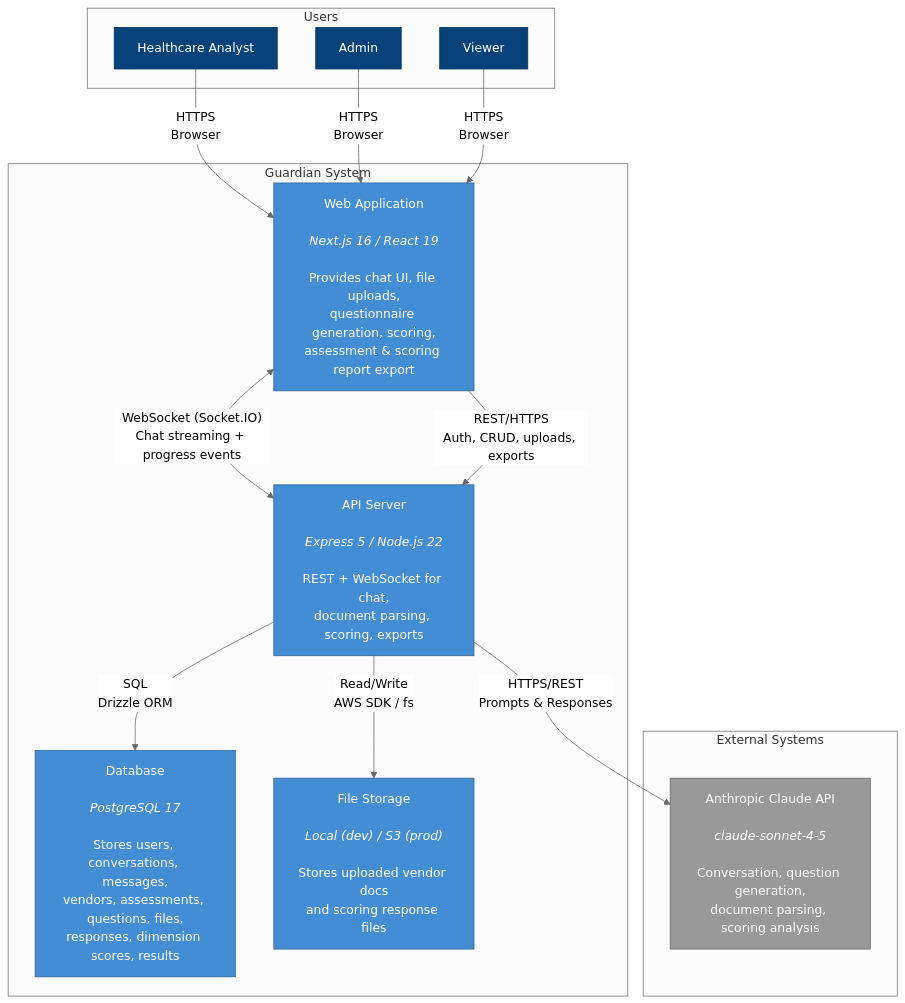
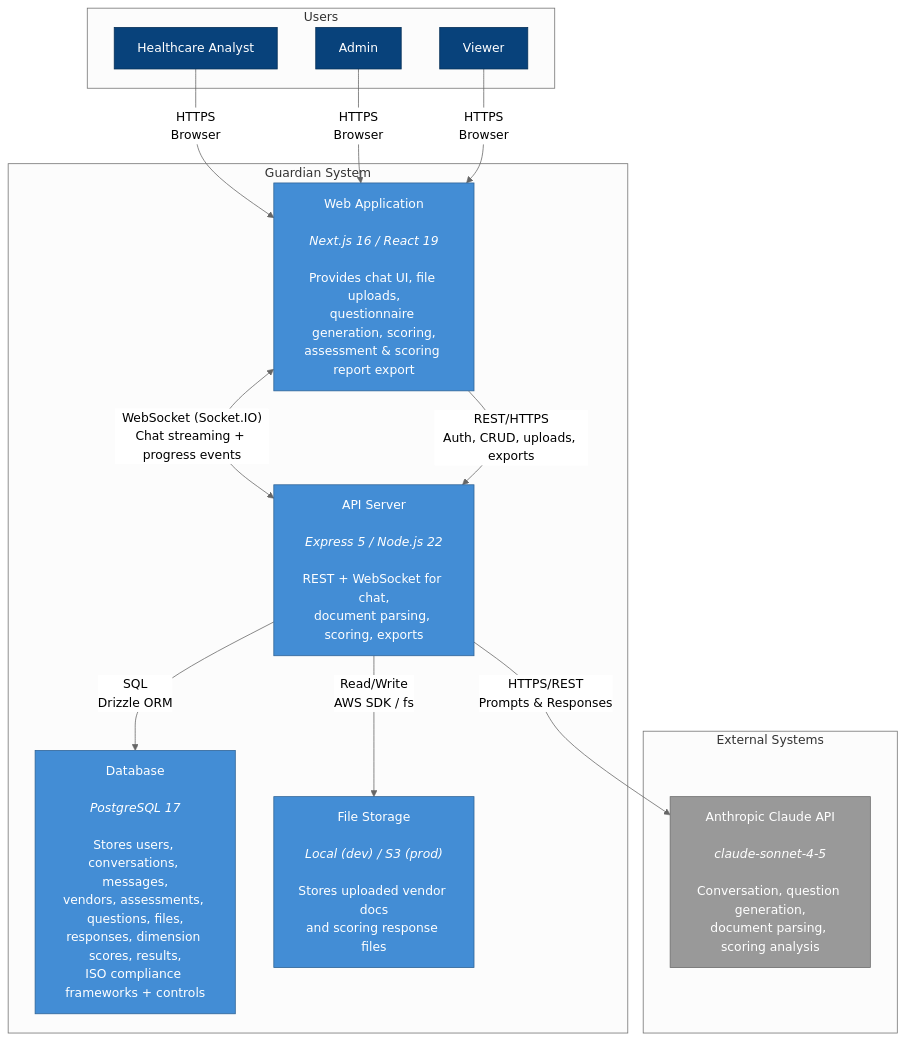
Before and after one commit to MazRadwan/guardian-local: the second of 4 diagrams in docs/architecture/c4-diagrams.md, drawn with Mermaid (neutral theme). The commit also changed other lines of this file and 12 other files, not shown here.

First line of the commit message:
docs: Update architecture diagrams, README, and design docs for Epics 37-40

````diff
--- a/docs/architecture/c4-diagrams.md
+++ b/docs/architecture/c4-diagrams.md
@@ -61,42 +61,42 @@
 ```mermaid
 flowchart TB
     subgraph users["Users"]
         analyst["Healthcare Analyst"]
         admin["Admin"]
         viewer["Viewer"]
     end
 
     subgraph guardian["Guardian System"]
         webapp["Web Application<br><br><i>Next.js 16 / React 19</i><br><br>Provides chat UI, file uploads,<br>questionnaire generation, scoring,<br>assessment & scoring report export"]
 
         api["API Server<br><br><i>Express 5 / Node.js 22</i><br><br>REST + WebSocket for chat,<br>document parsing, scoring, exports"]
 
-        db["Database<br><br><i>PostgreSQL 17</i><br><br>Stores users, conversations, messages,<br>vendors, assessments, questions, files,<br>responses, dimension scores, results"]
+        db["Database<br><br><i>PostgreSQL 17</i><br><br>Stores users, conversations, messages,<br>vendors, assessments, questions, files,<br>responses, dimension scores, results,<br>ISO compliance frameworks + controls"]
 
         storage["File Storage<br><br><i>Local (dev) / S3 (prod)</i><br><br>Stores uploaded vendor docs<br>and scoring response files"]
     end
 
     subgraph external["External Systems"]
         claude["Anthropic Claude API<br><br><i>claude-sonnet-4-5</i><br><br>Conversation, question generation,<br>document parsing, scoring analysis"]
     end
 
     analyst -->|"HTTPS<br>Browser"| webapp
     admin -->|"HTTPS<br>Browser"| webapp
     viewer -->|"HTTPS<br>Browser"| webapp
 
     webapp <-->|"WebSocket (Socket.IO)<br>Chat streaming + progress events"| api
     webapp -->|"REST/HTTPS<br>Auth, CRUD, uploads, exports"| api
 
     api -->|"SQL<br>Drizzle ORM"| db
     api -->|"Read/Write<br>AWS SDK / fs"| storage
     api -->|"HTTPS/REST<br>Prompts & Responses"| claude
 
     style webapp fill:#438DD5,stroke:#2E6295,color:#fff
     style api fill:#438DD5,stroke:#2E6295,color:#fff
     style db fill:#438DD5,stroke:#2E6295,color:#fff
     style storage fill:#438DD5,stroke:#2E6295,color:#fff
     style claude fill:#999999,stroke:#6B6B6B,color:#fff
     style analyst fill:#08427B,stroke:#052E56,color:#fff
     style admin fill:#08427B,stroke:#052E56,color:#fff
     style viewer fill:#08427B,stroke:#052E56,color:#fff
 ```
````
